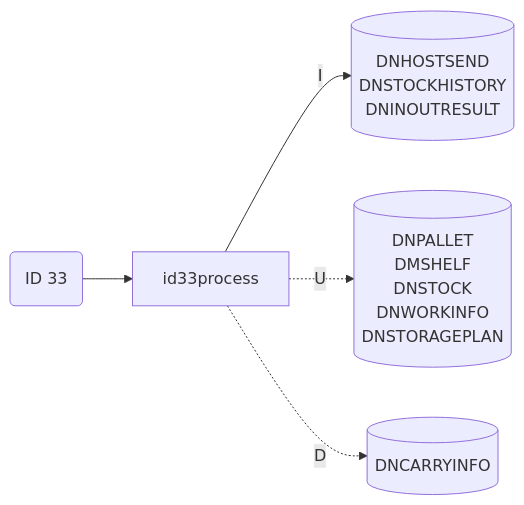
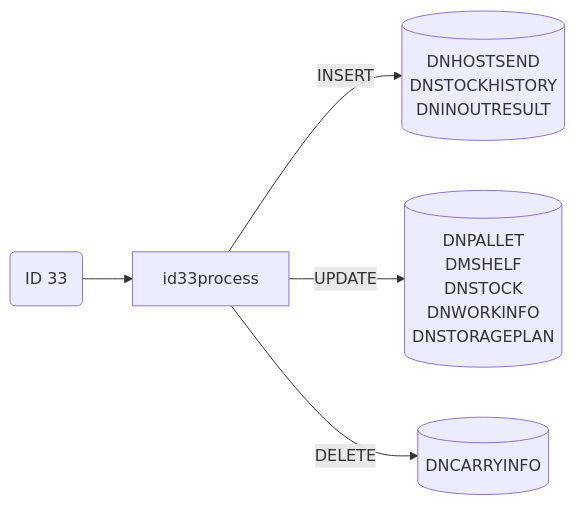
Before and after one commit to luthfiadityaa/SimeDarby-Wiki: diagram 19 of 19 in Basic-Design/DFD-WMS/Storage/Palletizing-Settting/Flow-2.md, drawn with Mermaid. The commit also changed other lines of this file, not shown here.

Commit message:
Updated Flow 2

```diff
--- a/Basic-Design/DFD-WMS/Storage/Palletizing-Settting/Flow-2.md
+++ b/Basic-Design/DFD-WMS/Storage/Palletizing-Settting/Flow-2.md
@@ -426,28 +727,28 @@
 ::: mermaid
 flowchart LR
 
 id33("
 ID 33
 ")
 
 id33-insert[("
 DNHOSTSEND
 DNSTOCKHISTORY
 DNINOUTRESULT
 ")]
 id33-update[("
 DNPALLET
 DMSHELF
 DNSTOCK
 DNWORKINFO
 DNSTORAGEPLAN
 ")]
 id33-delete[("
 DNCARRYINFO
 ")]
 
 id33-->id33process
-id33process--I-->id33-insert
-id33process-.U.->id33-update
-id33process-.D.->id33-delete
+id33process--> |INSERT| id33-insert
+id33process--> |UPDATE| id33-update
+id33process--> |DELETE| id33-delete
 :::
```
